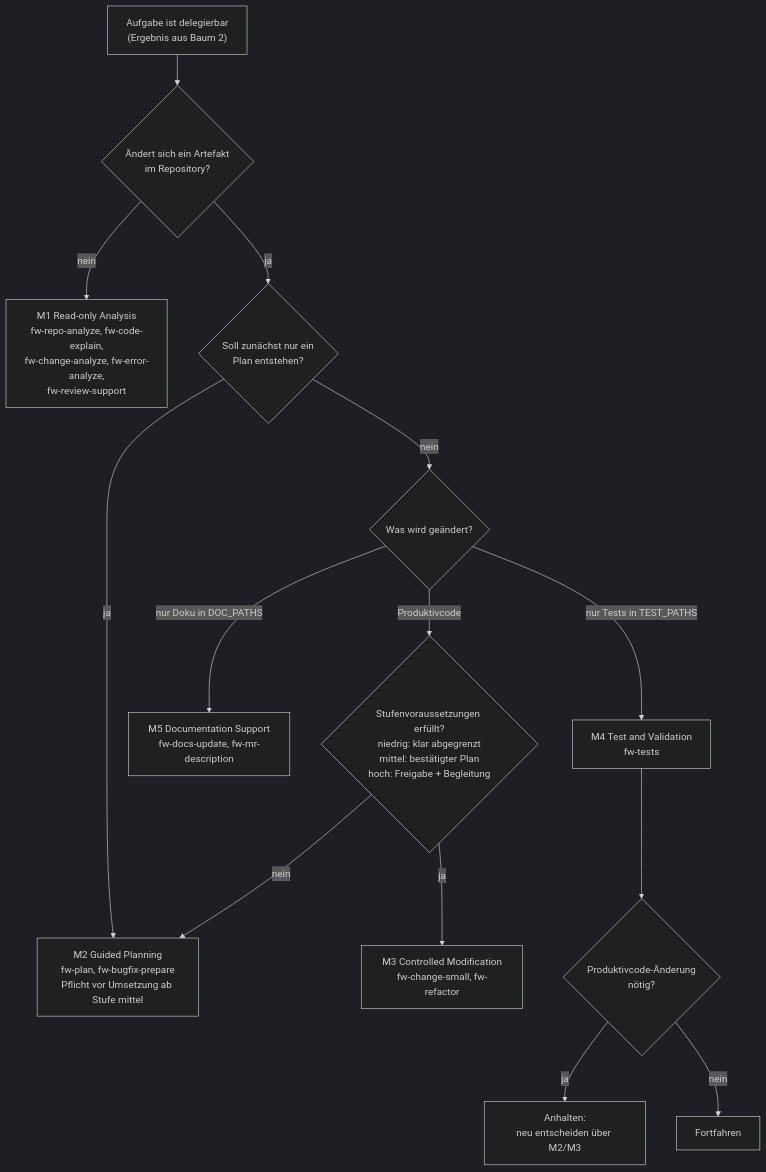
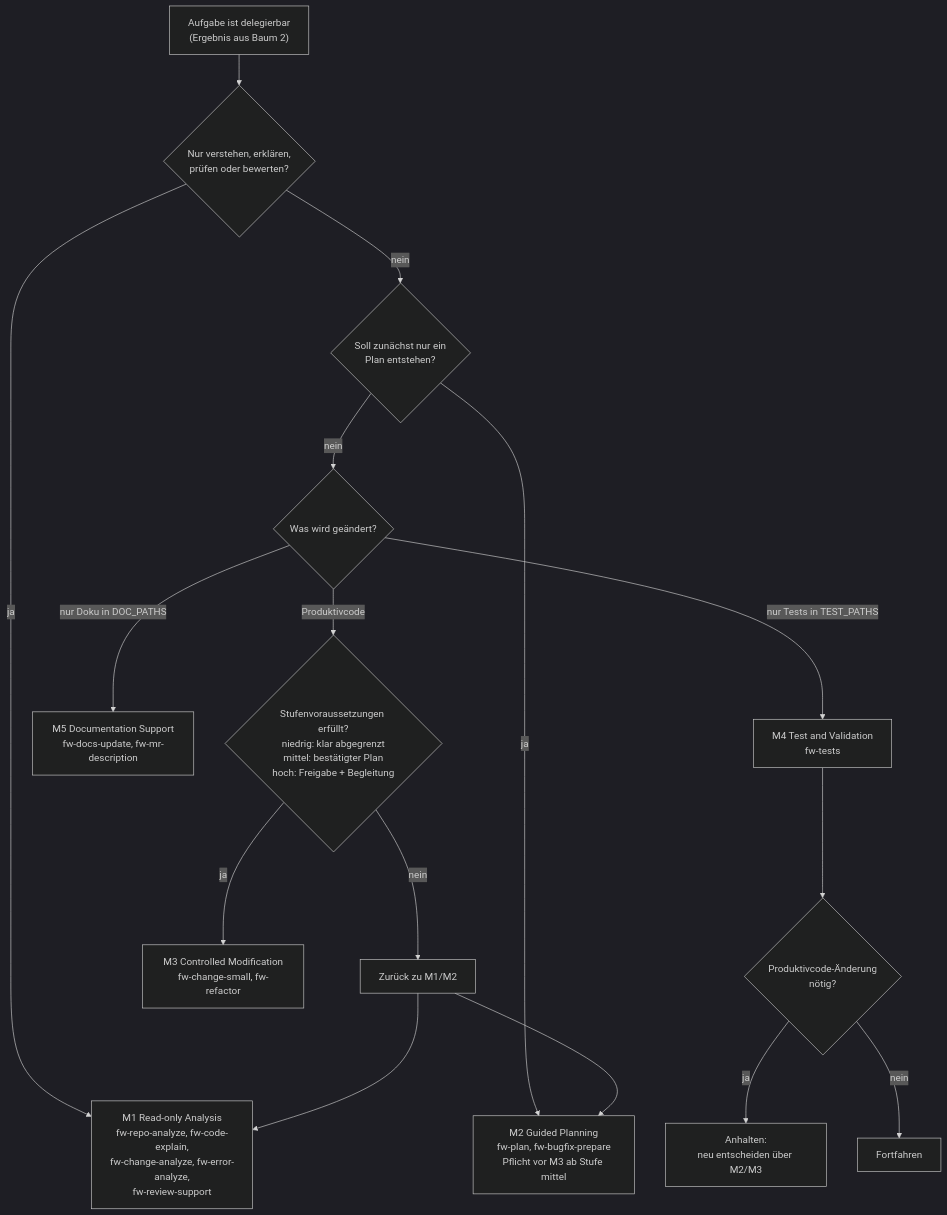
The diagram in .koolie/core/decision-trees/03-analyze-or-modify.md (Renoxar/koolie), drawn with Mermaid (dark theme) before and after one commit. The commit also changed other lines of this file and 78 other files, not shown here.

````diff
--- a/.koolie/core/decision-trees/03-analyze-or-modify.md
+++ b/.koolie/core/decision-trees/03-analyze-or-modify.md
@@ -24,16 +24,18 @@
 ```mermaid
 flowchart TD
-    A["Aufgabe ist delegierbar<br/>(Ergebnis aus Baum 2)"] --> B{"Ändert sich ein Artefakt<br/>im Repository?"}
-    B -- "nein" --> M1["M1 Read-only Analysis<br/>fw-repo-analyze, fw-code-explain,<br/>fw-change-analyze, fw-error-analyze,<br/>fw-review-support"]
-    B -- "ja" --> C{"Soll zunächst nur ein<br/>Plan entstehen?"}
-    C -- "ja" --> M2["M2 Guided Planning<br/>fw-plan, fw-bugfix-prepare<br/>Pflicht vor Umsetzung ab Stufe mittel"]
+    A["Aufgabe ist delegierbar<br/>(Ergebnis aus Baum 2)"] --> B{"Nur verstehen, erklären,<br/>prüfen oder bewerten?"}
+    B -- "ja" --> M1["M1 Read-only Analysis<br/>fw-repo-analyze, fw-code-explain,<br/>fw-change-analyze, fw-error-analyze,<br/>fw-review-support"]
+    B -- "nein" --> C{"Soll zunächst nur ein<br/>Plan entstehen?"}
+    C -- "ja" --> M2["M2 Guided Planning<br/>fw-plan, fw-bugfix-prepare<br/>Pflicht vor M3 ab Stufe mittel"]
     C -- "nein" --> D{"Was wird geändert?"}
     D -- "nur Tests in TEST_PATHS" --> M4["M4 Test and Validation<br/>fw-tests"]
     D -- "nur Doku in DOC_PATHS" --> M5["M5 Documentation Support<br/>fw-docs-update, fw-mr-description"]
     D -- "Produktivcode" --> E{"Stufenvoraussetzungen erfüllt?<br/>niedrig: klar abgegrenzt<br/>mittel: bestätigter Plan<br/>hoch: Freigabe + Begleitung"}
-    E -- "nein" --> M2
+    E -- "nein" --> Z["Zurück zu M1/M2"]
+    Z --> M1
+    Z --> M2
     E -- "ja" --> M3["M3 Controlled Modification<br/>fw-change-small, fw-refactor"]
     M4 --> F{"Produktivcode-Änderung<br/>nötig?"}
     F -- "ja" --> HALT["Anhalten:<br/>neu entscheiden über M2/M3"]
     F -- "nein" --> OK["Fortfahren"]
 ```
````
